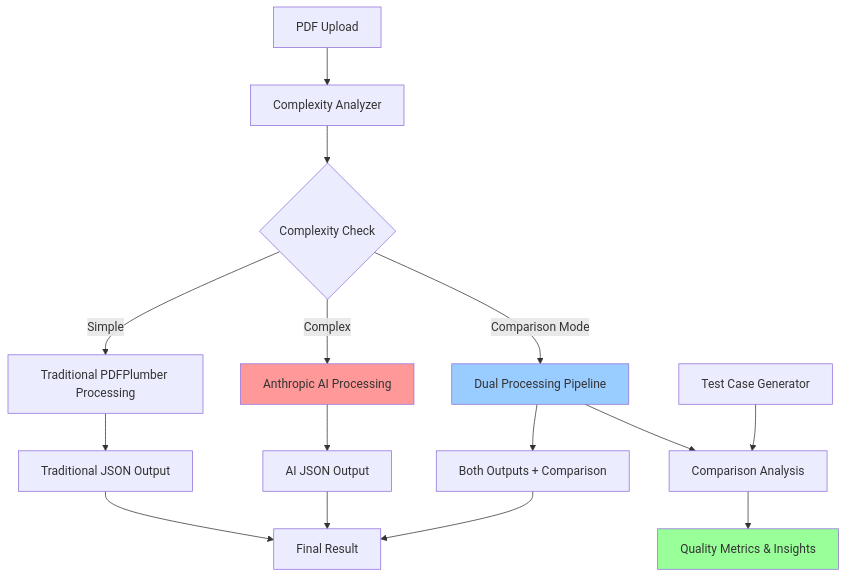
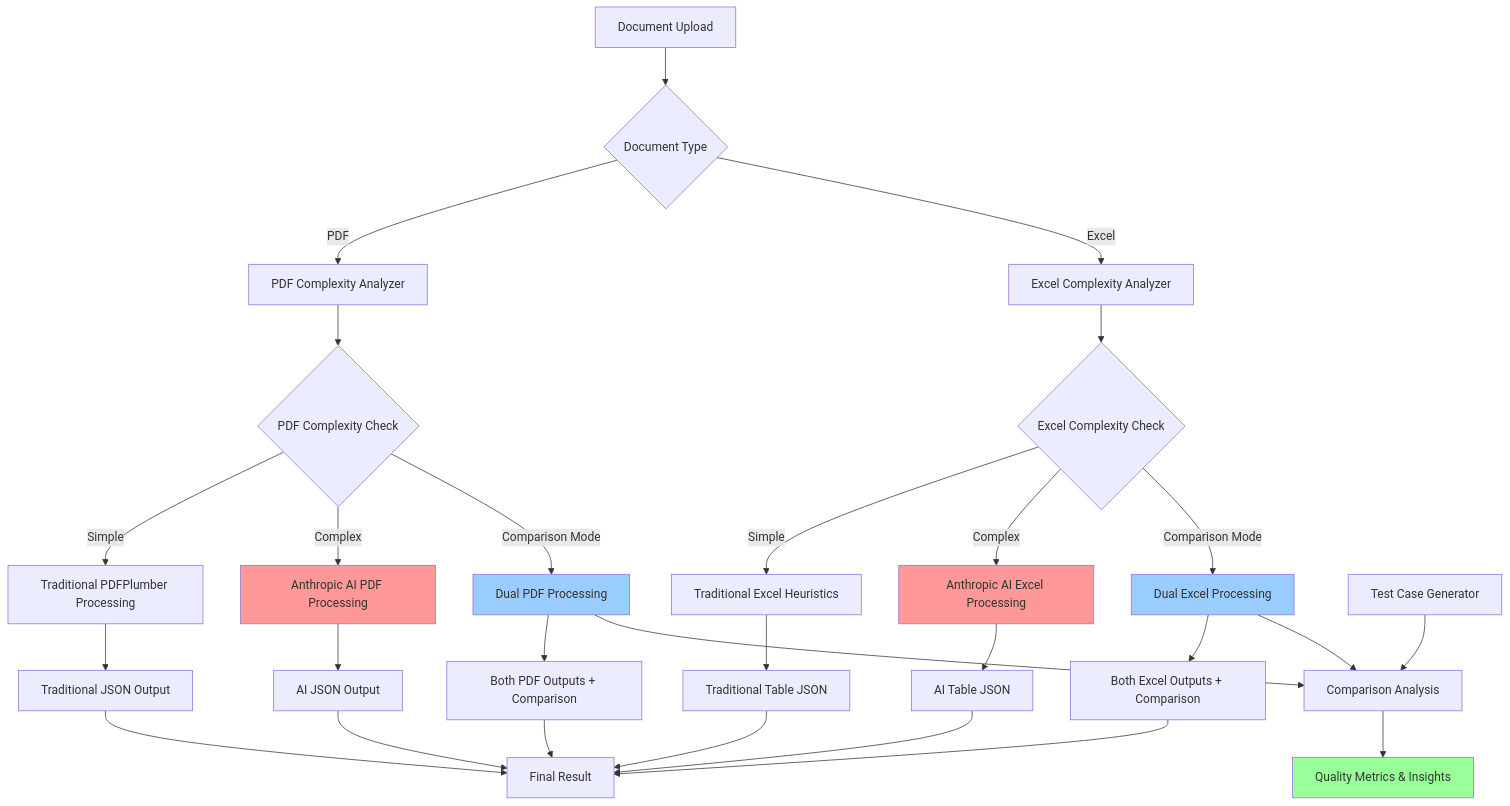
The first of 2 diagrams in docs/anthropic-ai-enhancement-design.md (ib-agent/excel-ingest-convert-to-JSON), drawn with Mermaid before and after one commit. The commit also changed other lines of this file and 27 other files, not shown here.

````diff
--- a/docs/anthropic-ai-enhancement-design.md
+++ b/docs/anthropic-ai-enhancement-design.md
@@ -26,24 +170,43 @@
 ```mermaid
 graph TD
-    A[PDF Upload] --> B[Complexity Analyzer]
-    B --> C{Complexity Check}
-    C -->|Simple| D[Traditional PDFPlumber Processing]
-    C -->|Complex| E[Anthropic AI Processing]
-    C -->|Comparison Mode| F[Dual Processing Pipeline]
+    A[Document Upload] --> B{Document Type}
+    B -->|PDF| C[PDF Complexity Analyzer]
+    B -->|Excel| D[Excel Complexity Analyzer]
     
-    D --> G[Traditional JSON Output]
-    E --> H[AI JSON Output]
-    F --> I[Both Outputs + Comparison]
+    C --> E{PDF Complexity Check}
+    D --> F{Excel Complexity Check}
     
-    G --> J[Final Result]
-    H --> J
-    I --> J
+    E -->|Simple| G[Traditional PDFPlumber Processing]
+    E -->|Complex| H[Anthropic AI PDF Processing]
+    E -->|Comparison Mode| I[Dual PDF Processing]
     
-    K[Test Case Generator] --> L[Comparison Analysis]
-    F --> L
-    L --> M[Quality Metrics & Insights]
+    F -->|Simple| J[Traditional Excel Heuristics]
+    F -->|Complex| K[Anthropic AI Excel Processing]
+    F -->|Comparison Mode| L[Dual Excel Processing]
     
-    style E fill:#ff9999
-    style F fill:#99ccff
-    style M fill:#99ff99
+    G --> M[Traditional JSON Output]
+    H --> N[AI JSON Output]
+    I --> O[Both PDF Outputs + Comparison]
+    
+    J --> P[Traditional Table JSON]
+    K --> Q[AI Table JSON]
+    L --> R[Both Excel Outputs + Comparison]
+    
+    M --> S[Final Result]
+    N --> S
+    O --> S
+    P --> S
+    Q --> S
+    R --> S
+    
+    T[Test Case Generator] --> U[Comparison Analysis]
+    I --> U
+    L --> U
+    U --> V[Quality Metrics & Insights]
+    
+    style H fill:#ff9999
+    style K fill:#ff9999
+    style I fill:#99ccff
+    style L fill:#99ccff
+    style V fill:#99ff99
 ```
````
